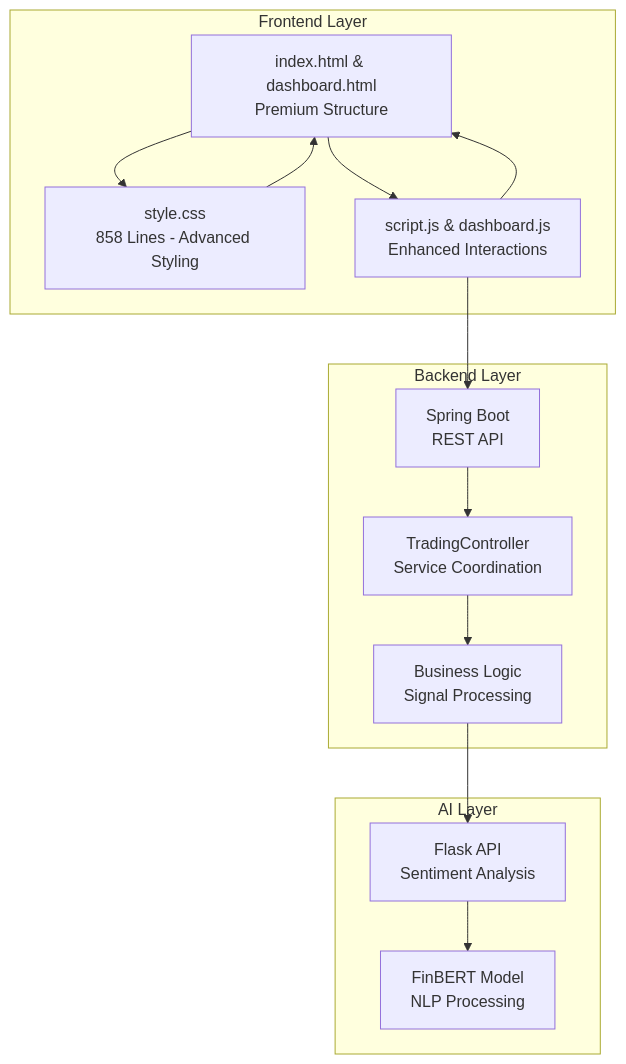
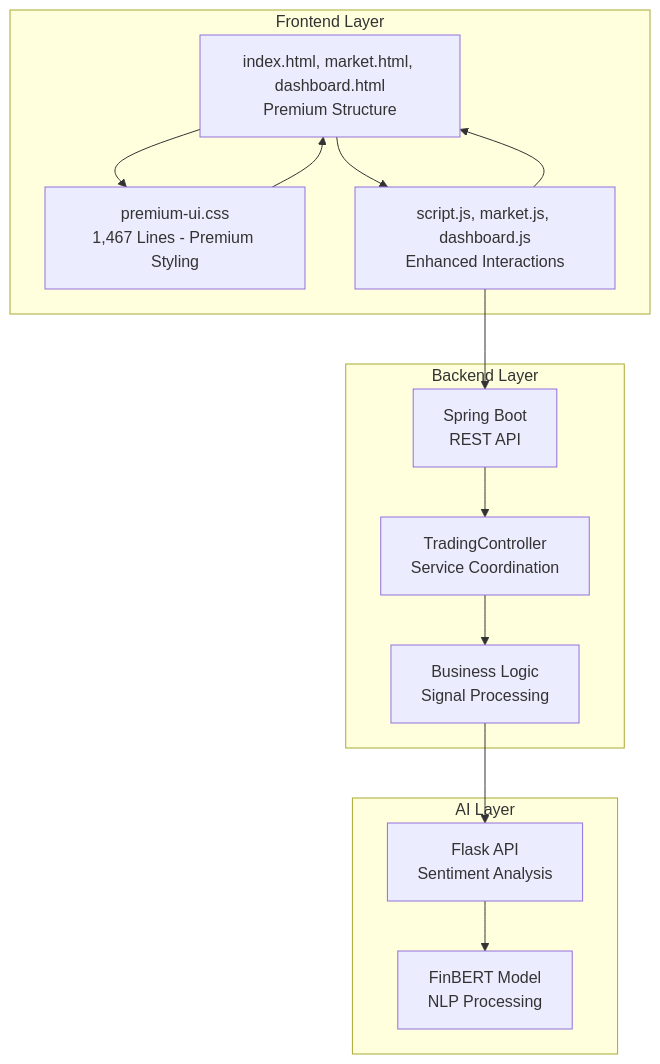
The fourth of 4 diagrams in .qoder/repowiki/en/content/Styling and Visual Design.md (ayushtiwari1526/TheReinforcers_AyushTiwari), drawn with Mermaid before and after one commit. The commit also changed other lines of this file and 15 other files, not shown here.

````diff
--- a/.qoder/repowiki/en/content/Styling and Visual Design.md
+++ b/.qoder/repowiki/en/content/Styling and Visual Design.md
@@ -261,26 +306,26 @@
 ```mermaid
 graph TB
 subgraph "Frontend Layer"
-HTML["index.html & dashboard.html<br/>Premium Structure"]
-CSS["style.css<br/>858 Lines - Advanced Styling"]
-JS["script.js & dashboard.js<br/>Enhanced Interactions"]
+HTML["index.html, market.html, dashboard.html<br/>Premium Structure"]
+CSS["premium-ui.css<br/>1,467 Lines - Premium Styling"]
+JS["script.js, market.js, dashboard.js<br/>Enhanced Interactions"]
 end
 subgraph "Backend Layer"
 Spring["Spring Boot<br/>REST API"]
 Controller["TradingController<br/>Service Coordination"]
 Service["Business Logic<br/>Signal Processing"]
 end
 subgraph "AI Layer"
 Flask["Flask API<br/>Sentiment Analysis"]
 Model["FinBERT Model<br/>NLP Processing"]
 end
 HTML --> CSS
 HTML --> JS
 JS --> Spring
 Spring --> Controller
 Controller --> Service
 Service --> Flask
 Flask --> Model
 CSS --> HTML
 JS --> HTML
 ```
````
